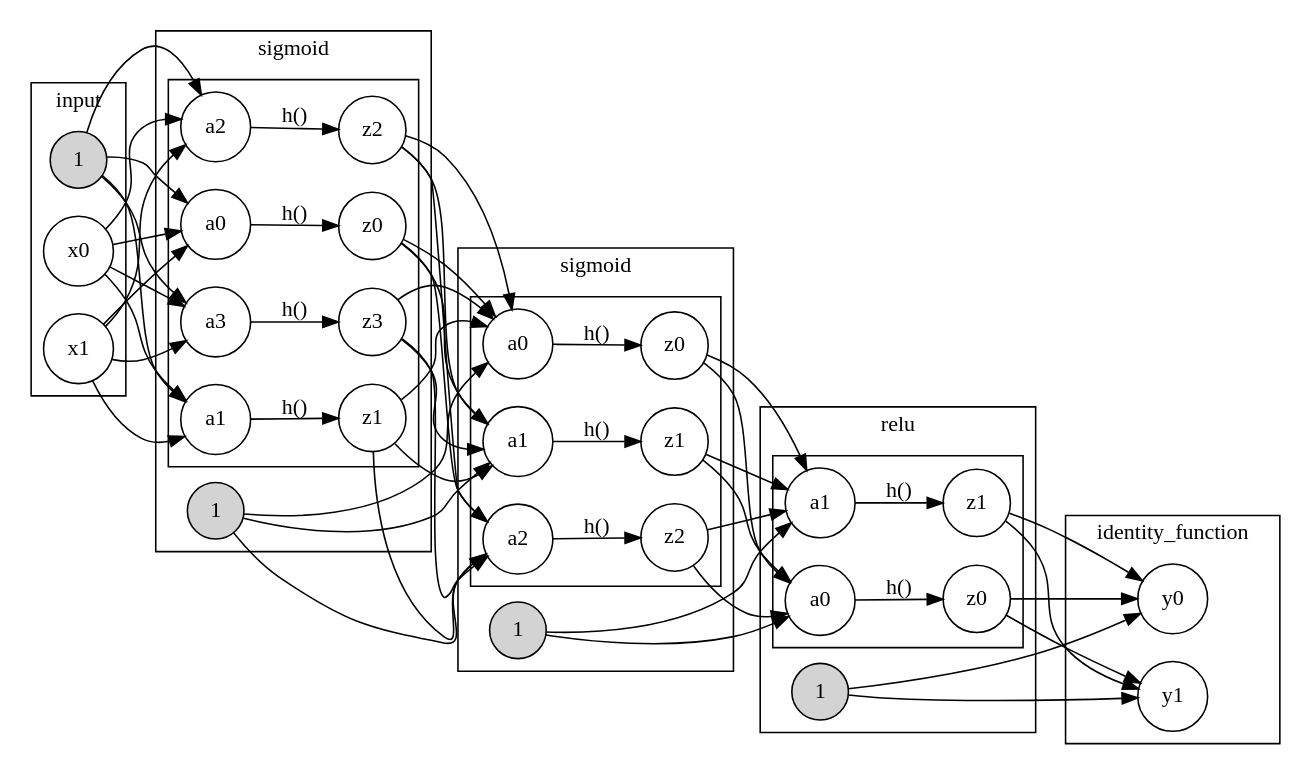
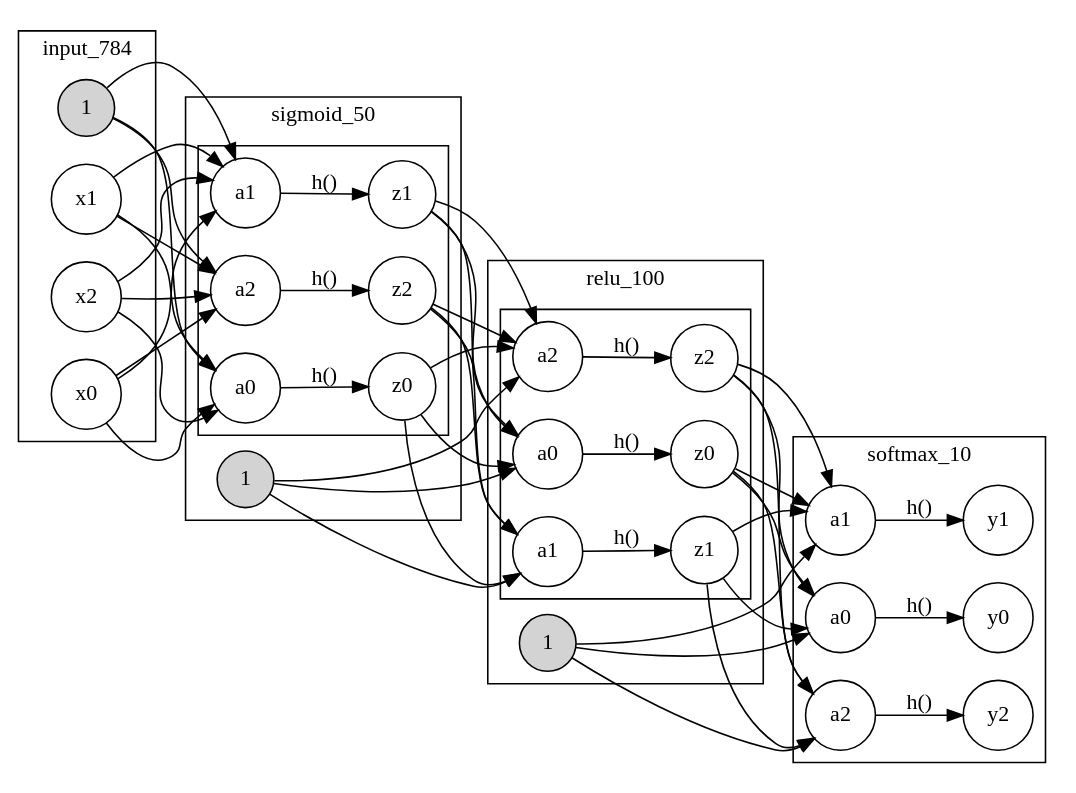
Before and after one commit to applesaltsky/dss: the diagram in deep_learning_from_scratch/ch3/out.gv, drawn with Graphviz. The commit also changed 3 other files, not shown here.

```diff
--- a/deep_learning_from_scratch/ch3/out.gv
+++ b/deep_learning_from_scratch/ch3/out.gv
@@ -1,126 +1,106 @@
 digraph {
 	center=true compound=true labelloc=t rank=same rankdir=LR
 	subgraph input {
-		graph [cluster=true label=input]
+		graph [cluster=true label=input_784]
 		node [shape=circle]
 		ic [label=1 fillcolor=lightgray style=filled]
 		i0 [label=x0]
 		i1 [label=x1]
+		i2 [label=x2]
 	}
 	subgraph hidden1 {
-		graph [cluster=true label=sigmoid]
+		graph [cluster=true label=sigmoid_50]
 		node [shape=circle]
 		hidden1c [label=1 fillcolor=lightgray style=filled]
 		subgraph hidden1n1 {
 			graph [label=""]
 			hidden1n0a [label=a0]
 			hidden1n0z [label=z0]
 			hidden1n0a -> hidden1n0z [label="h()"]
 		}
 		subgraph hidden1n1 {
 			graph [label=""]
 			hidden1n1a [label=a1]
 			hidden1n1z [label=z1]
 			hidden1n1a -> hidden1n1z [label="h()"]
 		}
 		subgraph hidden1n1 {
 			graph [label=""]
 			hidden1n2a [label=a2]
 			hidden1n2z [label=z2]
 			hidden1n2a -> hidden1n2z [label="h()"]
 		}
-		subgraph hidden1n1 {
-			graph [label=""]
-			hidden1n3a [label=a3]
-			hidden1n3z [label=z3]
-			hidden1n3a -> hidden1n3z [label="h()"]
-		}
 	}
 	subgraph hidden2 {
-		graph [cluster=true label=sigmoid]
+		graph [cluster=true label=relu_100]
 		node [shape=circle]
 		hidden2c [label=1 fillcolor=lightgray style=filled]
 		subgraph hidden2n1 {
 			graph [label=""]
 			hidden2n0a [label=a0]
 			hidden2n0z [label=z0]
 			hidden2n0a -> hidden2n0z [label="h()"]
 		}
 		subgraph hidden2n1 {
 			graph [label=""]
 			hidden2n1a [label=a1]
 			hidden2n1z [label=z1]
 			hidden2n1a -> hidden2n1z [label="h()"]
 		}
 		subgraph hidden2n1 {
 			graph [label=""]
 			hidden2n2a [label=a2]
 			hidden2n2z [label=z2]
 			hidden2n2a -> hidden2n2z [label="h()"]
 		}
 	}
-	subgraph hidden3 {
-		graph [cluster=true label=relu]
+	subgraph output {
+		graph [cluster=true label=softmax_10]
 		node [shape=circle]
-		hidden3c [label=1 fillcolor=lightgray style=filled]
-		subgraph hidden3n1 {
-			graph [label=""]
-			hidden3n0a [label=a0]
-			hidden3n0z [label=z0]
-			hidden3n0a -> hidden3n0z [label="h()"]
-		}
-		subgraph hidden3n1 {
-			graph [label=""]
-			hidden3n1a [label=a1]
-			hidden3n1z [label=z1]
-			hidden3n1a -> hidden3n1z [label="h()"]
-		}
-	}
-	subgraph output {
-		graph [cluster=true label=identity_function]
-		node [shape=circle]
+		ao0 [label=a0]
 		o0 [label=y0]
+		ao0 -> o0 [label="h()"]
+		ao1 [label=a1]
 		o1 [label=y1]
+		ao1 -> o1 [label="h()"]
+		ao2 [label=a2]
+		o2 [label=y2]
+		ao2 -> o2 [label="h()"]
 	}
 	ic -> hidden1n0a
 	ic -> hidden1n1a
 	ic -> hidden1n2a
-	ic -> hidden1n3a
 	i0 -> hidden1n0a
 	i0 -> hidden1n1a
 	i0 -> hidden1n2a
-	i0 -> hidden1n3a
 	i1 -> hidden1n0a
 	i1 -> hidden1n1a
 	i1 -> hidden1n2a
-	i1 -> hidden1n3a
+	i2 -> hidden1n0a
+	i2 -> hidden1n1a
+	i2 -> hidden1n2a
 	hidden1c -> hidden2n0a
 	hidden1c -> hidden2n1a
 	hidden1c -> hidden2n2a
 	hidden1n0z -> hidden2n0a
 	hidden1n0z -> hidden2n1a
 	hidden1n0z -> hidden2n2a
 	hidden1n1z -> hidden2n0a
 	hidden1n1z -> hidden2n1a
 	hidden1n1z -> hidden2n2a
 	hidden1n2z -> hidden2n0a
 	hidden1n2z -> hidden2n1a
 	hidden1n2z -> hidden2n2a
-	hidden1n3z -> hidden2n0a
-	hidden1n3z -> hidden2n1a
-	hidden1n3z -> hidden2n2a
-	hidden2c -> hidden3n0a
-	hidden2c -> hidden3n1a
-	hidden2n0z -> hidden3n0a
-	hidden2n0z -> hidden3n1a
-	hidden2n1z -> hidden3n0a
-	hidden2n1z -> hidden3n1a
-	hidden2n2z -> hidden3n0a
-	hidden2n2z -> hidden3n1a
-	hidden3c -> o0
-	hidden3c -> o1
-	hidden3n0z -> o0
-	hidden3n0z -> o1
-	hidden3n1z -> o0
-	hidden3n1z -> o1
+	hidden2c -> ao0
+	hidden2c -> ao1
+	hidden2c -> ao2
+	hidden2n0z -> ao0
+	hidden2n0z -> ao1
+	hidden2n0z -> ao2
+	hidden2n1z -> ao0
+	hidden2n1z -> ao1
+	hidden2n1z -> ao2
+	hidden2n2z -> ao0
+	hidden2n2z -> ao1
+	hidden2n2z -> ao2
 }
```
